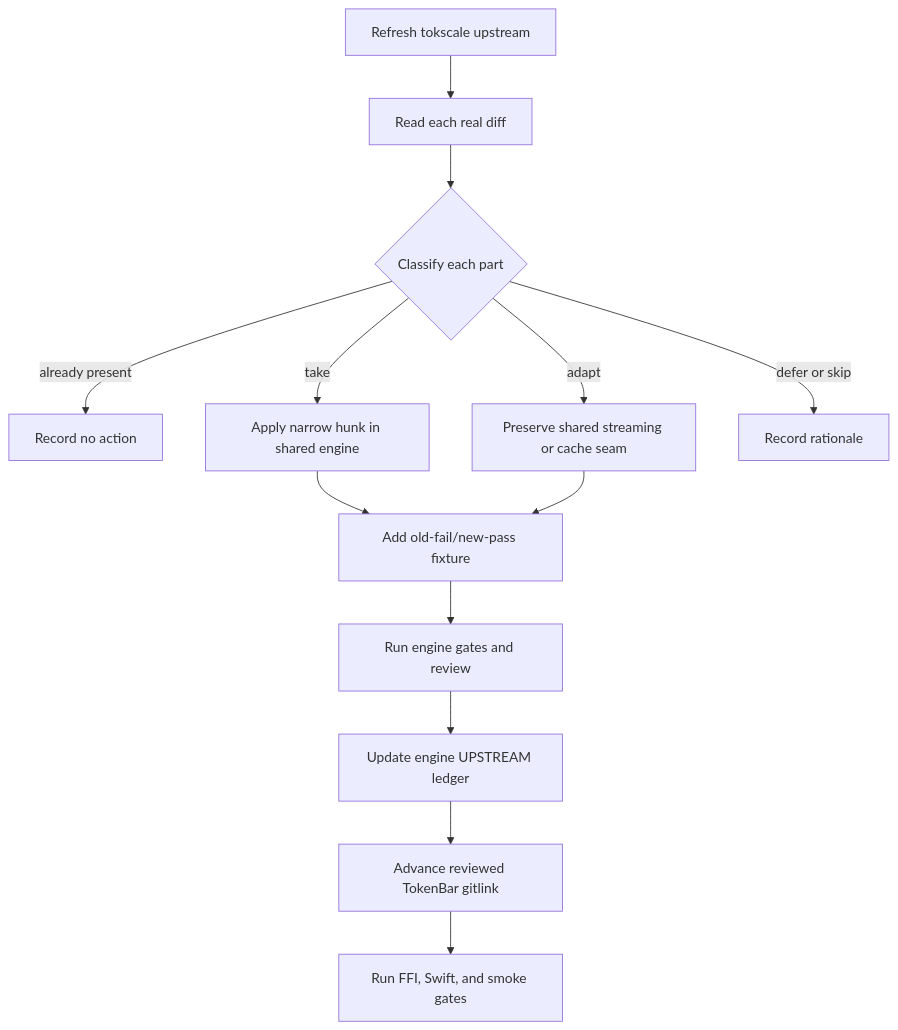
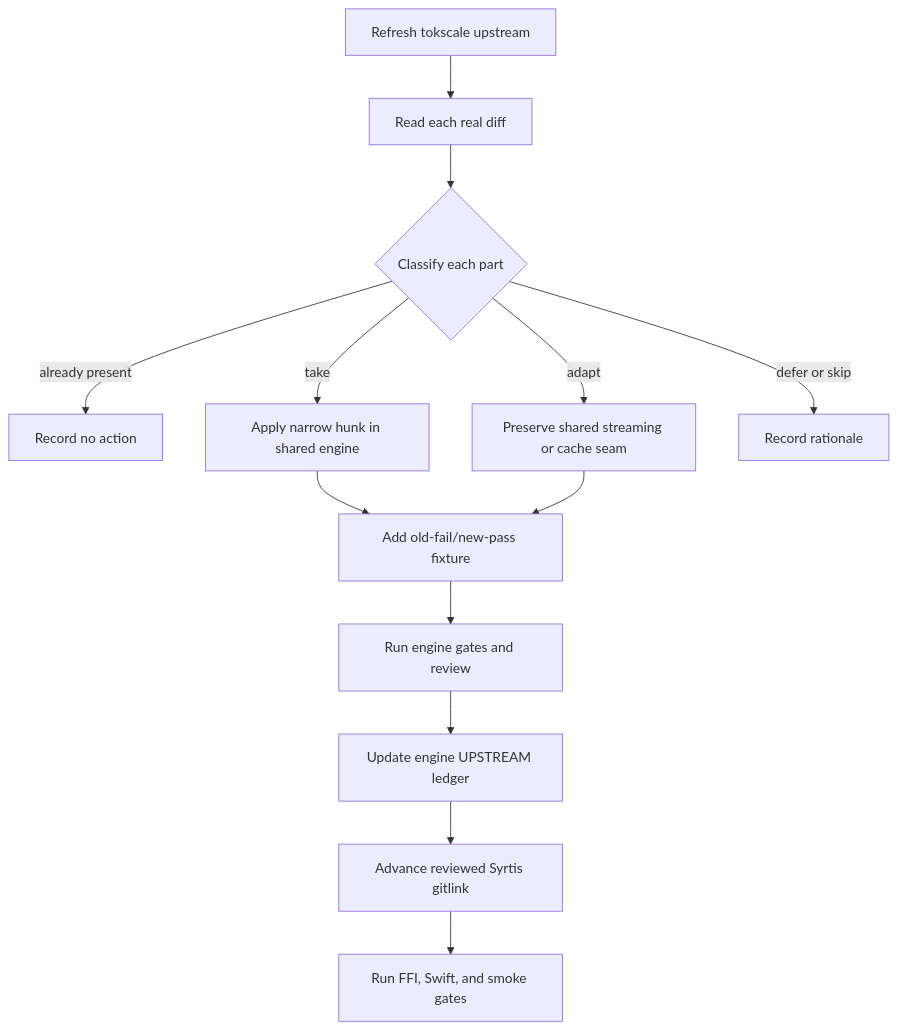
One commit to Nanako0129/TokenBar changed the diagram in docs/knowledge/vendor-tokscale.md. Above: the diagram before and after it, drawn with Mermaid. The commit also changed other lines of this file and 194 other files, not shown here.

````diff
--- a/docs/knowledge/vendor-tokscale.md
+++ b/docs/knowledge/vendor-tokscale.md
@@ -79,15 +79,15 @@
 ```mermaid
 flowchart TD
     HEAD[Refresh tokscale upstream] --> DIFF[Read each real diff]
     DIFF --> CLASSIFY{Classify each part}
     CLASSIFY -->|already present| RECORD[Record no action]
     CLASSIFY -->|take| PORT[Apply narrow hunk in shared engine]
     CLASSIFY -->|adapt| ADAPT[Preserve shared streaming or cache seam]
     CLASSIFY -->|defer or skip| EXPLAIN[Record rationale]
     PORT --> FIXTURE[Add old-fail/new-pass fixture]
     ADAPT --> FIXTURE
     FIXTURE --> ENGINE[Run engine gates and review]
     ENGINE --> LEDGER[Update engine UPSTREAM ledger]
-    LEDGER --> PIN[Advance reviewed TokenBar gitlink]
+    LEDGER --> PIN[Advance reviewed Syrtis gitlink]
     PIN --> GATES[Run FFI, Swift, and smoke gates]
 ```
````
